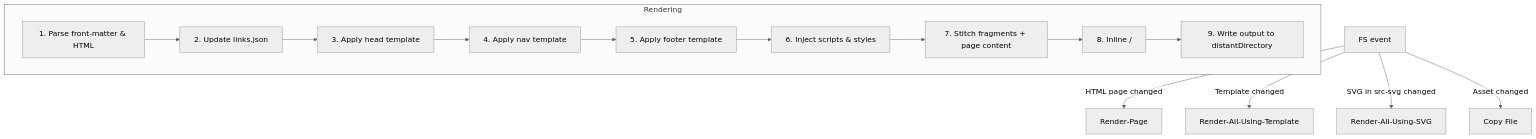
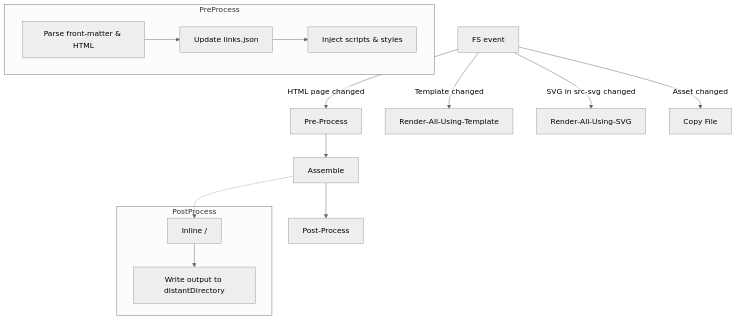
Before and after one commit to KobraRocks/kobra-kreator: the diagram in docs/06-rendering-pipeline.md, drawn with Mermaid (neutral theme). The commit also changed other lines of this file and 3 other files, not shown here.

````diff
--- a/docs/06-rendering-pipeline.md
+++ b/docs/06-rendering-pipeline.md
@@ -14,22 +15,27 @@
 ```mermaid
 %% TODO: replace with an SVG once the diagram is final
 %%{init: {'flowchart': {'htmlLabels': false}}}%%
 flowchart TD
-    E[FS event] --> |HTML page changed| P1[Render‑Page]
+    E[FS event] --> |HTML page changed| PRE[Pre‑Process]
     E --> |Template changed| P2[Render‑All‑Using‑Template]
     E --> |SVG in src-svg changed| P3[Render‑All‑Using‑SVG]
     E --> |Asset changed| AC[Copy File]
 
-    subgraph Rendering
-      PARSE[1. Parse front-matter & HTML]
-      LINKS[2. Update links.json]
-      HEAD[3. Apply head template]
-      NAV[4. Apply nav template]
-      FOOT[5. Apply footer template]
-      SCRIPTS[6. Inject scripts & styles]
-      ASSEMBLE[7. Stitch fragments + page content]
-      REPLACE[8. Inline <icon>/<logo>]
-      WRITE[9. Write output to distantDirectory]
-      PARSE --> LINKS --> HEAD --> NAV --> FOOT --> SCRIPTS --> ASSEMBLE --> REPLACE --> WRITE
+    PRE --> ASM[Assemble]
+    ASM --> POST[Post‑Process]
+
+    subgraph PreProcess
+      PARSE[Parse front-matter & HTML]
+      LINKS[Update links.json]
+      SCRIPTS[Inject scripts & styles]
+      PARSE --> LINKS --> SCRIPTS
     end
+
+    subgraph PostProcess
+      REPLACE[Inline <icon>/<logo>]
+      WRITE[Write output to distantDirectory]
+      REPLACE --> WRITE
+    end
+
+    ASM -.-> REPLACE
 ```
````
